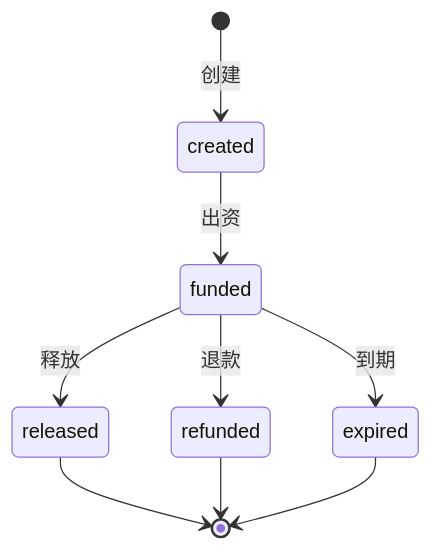
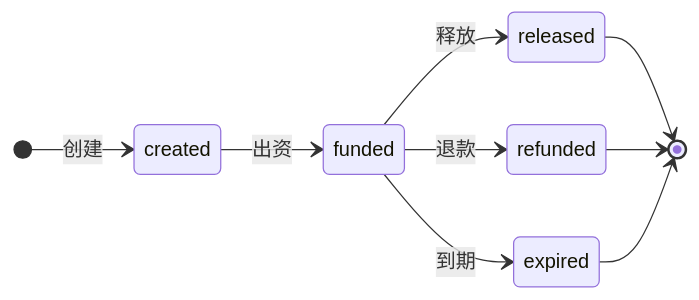
One commit to claw-network/clawnet changed the third of 3 diagrams in packages/docs/content/docs/getting-started/core-concepts/wallet.zh.md. Above: the diagram before and after it, drawn with Mermaid. The commit also changed 1 other file, not shown here.

Commit message:
docs: update wallet diagrams to set direction for clarity

````diff
--- a/packages/docs/content/docs/getting-started/core-concepts/wallet.zh.md
+++ b/packages/docs/content/docs/getting-started/core-concepts/wallet.zh.md
@@ -102,11 +102,12 @@
 ```mermaid
 stateDiagram-v2
+    direction LR
     [*] --> created : 创建
     created --> funded : 出资
     funded --> released : 释放
     funded --> refunded : 退款
     funded --> expired : 到期
     released --> [*]
     refunded --> [*]
     expired --> [*]
 ```
````
